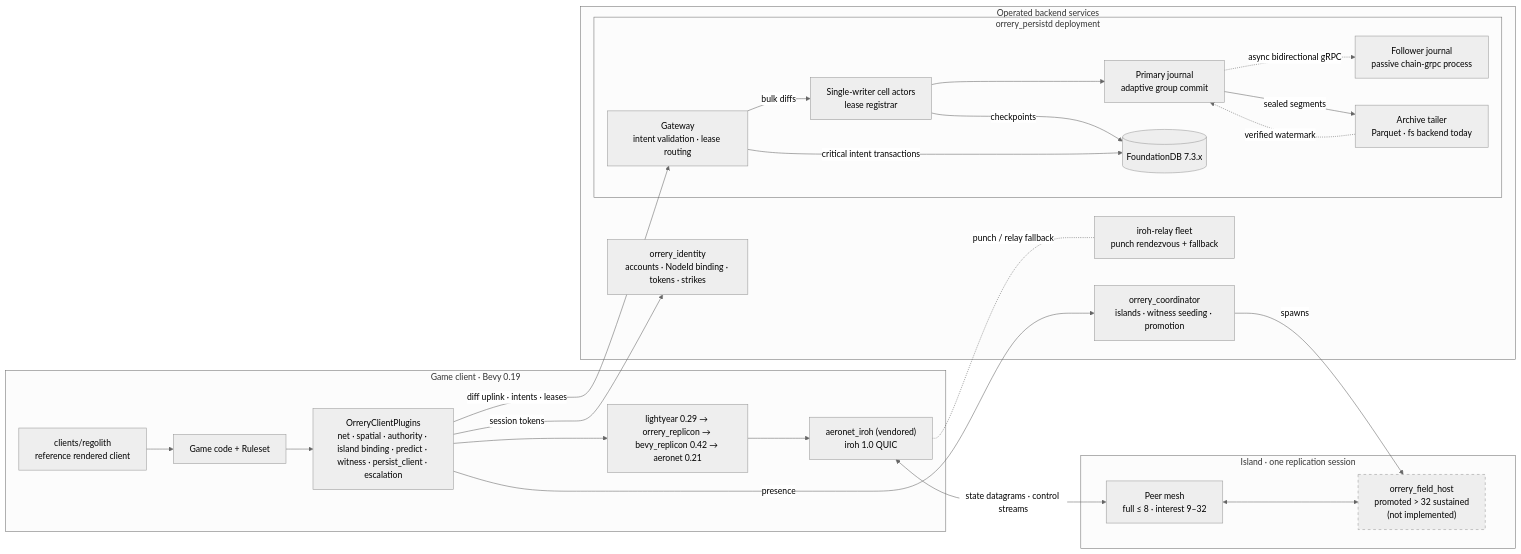
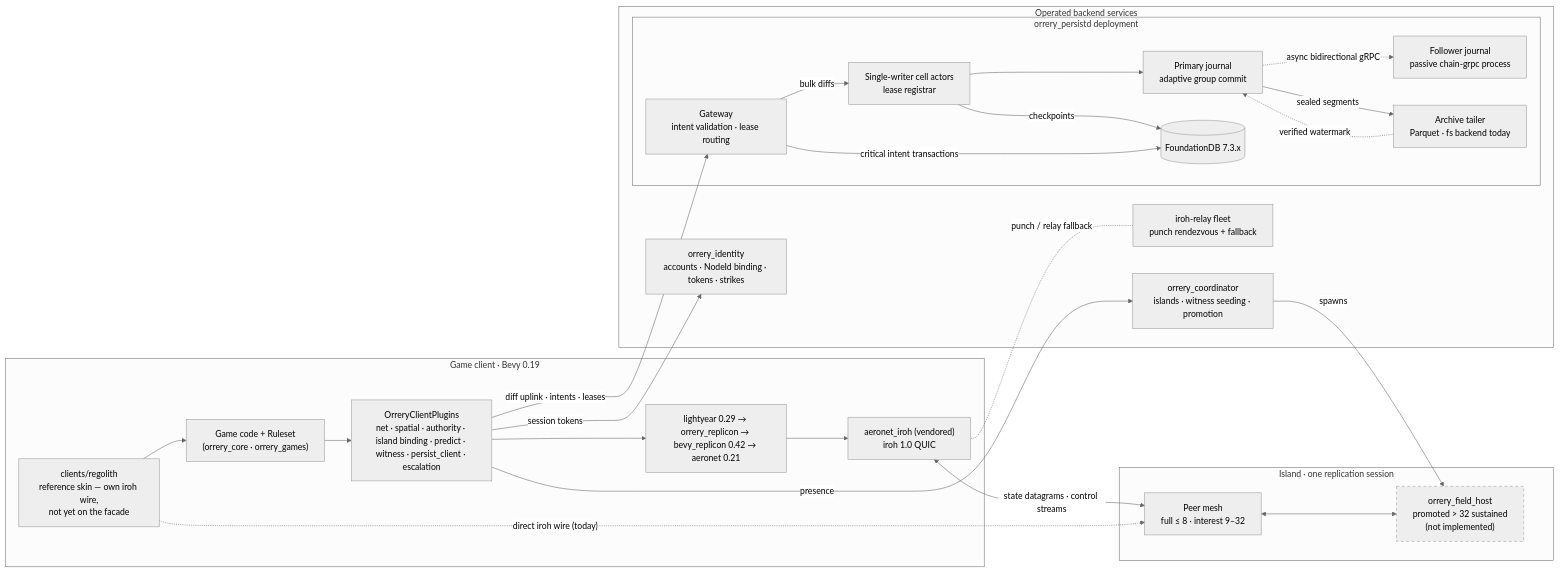
Before and after one commit to baadc0de/orrery: the diagram in README.md, drawn with Mermaid (neutral theme). The commit also changed other lines of this file, not shown here.

First line of the commit message:
docs(readme): the reference skin is not on the facade, and the diagram says so

````diff
--- a/README.md
+++ b/README.md
@@ -312,47 +319,49 @@
 ```mermaid
 graph LR
     subgraph client["Game client · Bevy 0.19"]
-        game["Game code + Ruleset"]
-        skin["clients/regolith<br/>reference rendered client"]
+        game["Game code + Ruleset<br/>(orrery_core · orrery_games)"]
         plugins["OrreryClientPlugins<br/>net · spatial · authority · island binding · predict · witness · persist_client · escalation"]
         stack["lightyear 0.29 → orrery_replicon → bevy_replicon 0.42 → aeronet 0.21"]
         io["aeronet_iroh (vendored)<br/>iroh 1.0 QUIC"]
-        skin --> game --> plugins --> stack --> io
+        skin["clients/regolith<br/>reference skin — own iroh wire,<br/>not yet on the facade"]
+        game --> plugins --> stack --> io
+        skin --> game
     end
 
     subgraph island["Island · one replication session"]
         peers["Peer mesh<br/>full ≤ 8 · interest 9–32"]
         fieldhost["orrery_field_host<br/>promoted &gt; 32 sustained<br/>(not implemented)"]
         peers <--> fieldhost
     end
 
     subgraph backend["Operated backend services"]
         relays["iroh-relay fleet<br/>punch rendezvous + fallback"]
         coord["orrery_coordinator<br/>islands · witness seeding · promotion"]
         identity["orrery_identity<br/>accounts · NodeId binding · tokens · strikes"]
         subgraph persistd["orrery_persistd deployment"]
             gateway["Gateway<br/>intent validation · lease routing"]
             actors["Single-writer cell actors<br/>lease registrar"]
             journal["Primary journal<br/>adaptive group commit"]
             mirror["Follower journal<br/>passive chain-grpc process"]
             tailer["Archive tailer<br/>Parquet · fs backend today"]
             fdb[("FoundationDB 7.3.x")]
             gateway -->|"bulk diffs"| actors
             actors --> journal
             journal -.->|"async bidirectional gRPC"| mirror
             journal -->|"sealed segments"| tailer
             tailer -.->|"verified watermark"| journal
             actors -->|"checkpoints"| fdb
             gateway -->|"critical intent transactions"| fdb
         end
     end
 
     io <-->|"state datagrams · control streams"| peers
+    skin -.->|"direct iroh wire (today)"| peers
     io -.-|"punch / relay fallback"| relays
     plugins -->|"presence"| coord
     plugins -->|"diff uplink · intents · leases"| gateway
     plugins -->|"session tokens"| identity
     coord -->|"spawns"| fieldhost
     classDef planned stroke-dasharray: 5 5;
     class fieldhost planned;
 ```
````
